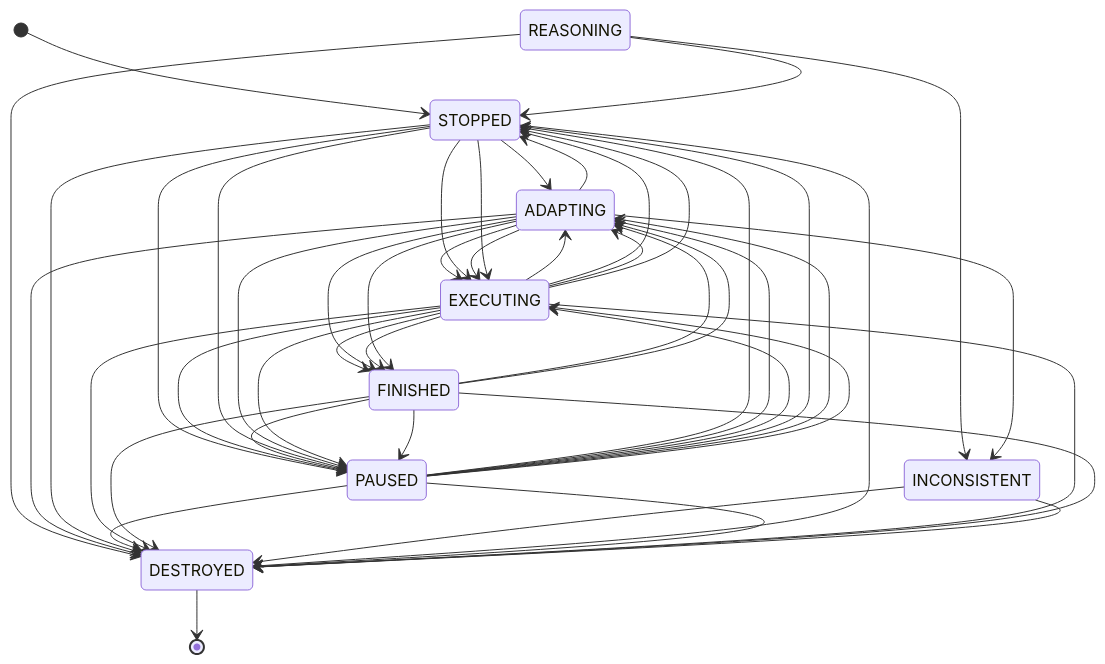
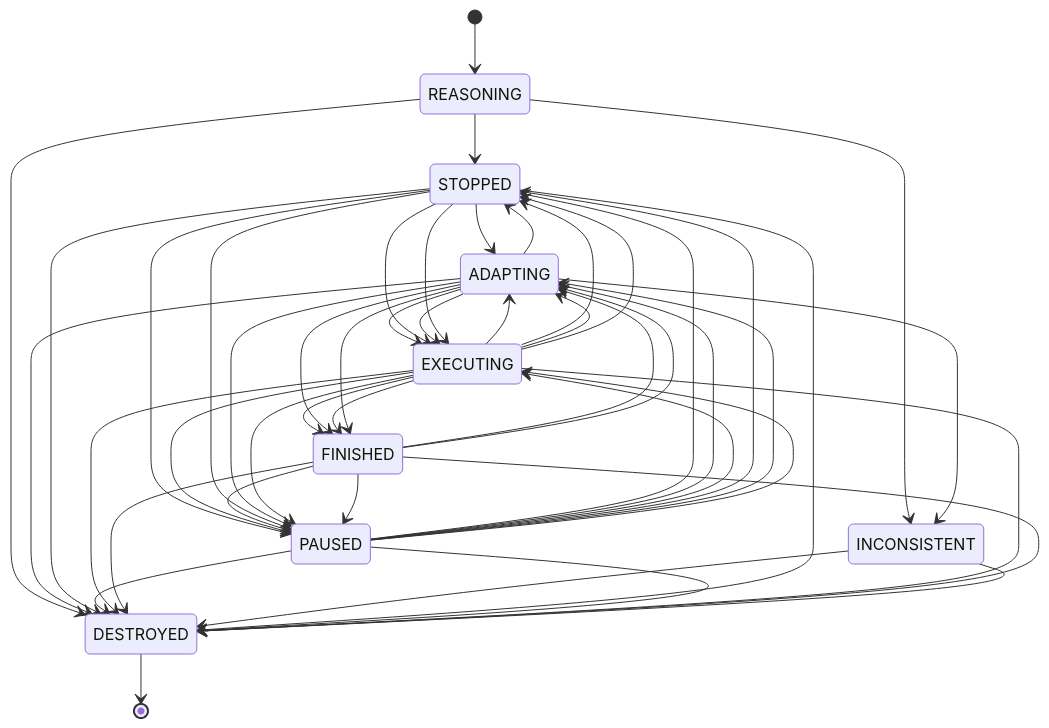
One commit to ratioSolver/AerialS changed the diagram in README.md. Above: the diagram before and after it, drawn with Mermaid.

Commit message:
trying mermaid for state diagram representation..

````diff
--- a/README.md
+++ b/README.md
@@ -44,49 +44,49 @@
 ```mermaid
 stateDiagram-v2
-    [*] --> STOPPED
+    [*] --> REASONING
     DESTROYED --> [*]
     REASONING --> STOPPED
     REASONING --> INCONSISTENT
     REASONING --> DESTROYED
     ADAPTING --> INCONSISTENT
     ADAPTING --> DESTROYED
     STOPPED --> ADAPTING
     STOPPED --> DESTROYED
     STOPPED --> PAUSED
     PAUSED --> STOPPED
     PAUSED --> ADAPTING
     PAUSED --> DESTROYED
     EXECUTING --> ADAPTING
     ADAPTING --> EXECUTING
     EXECUTING --> STOPPED
     STOPPED --> EXECUTING
     EXECUTING --> PAUSED
     PAUSED --> EXECUTING
     EXECUTING --> FINISHED
     EXECUTING --> DESTROYED
     FINISHED --> ADAPTING
     ADAPTING --> FINISHED
     FINISHED --> PAUSED
     FINISHED --> DESTROYED
     INCONSISTENT --> DESTROYED
     ADAPTING --> STOPPED
     STOPPED --> DESTROYED
     STOPPED --> PAUSED
     PAUSED --> STOPPED
     PAUSED --> ADAPTING
     ADAPTING --> PAUSED
     PAUSED --> DESTROYED
     EXECUTING --> ADAPTING
     ADAPTING --> EXECUTING
     EXECUTING --> STOPPED
     STOPPED --> EXECUTING
     EXECUTING --> PAUSED
     PAUSED --> EXECUTING
     EXECUTING --> FINISHED
     EXECUTING --> DESTROYED
     FINISHED --> ADAPTING
     ADAPTING --> FINISHED
     FINISHED --> PAUSED
     FINISHED --> DESTROYED
     INCONSISTENT --> DESTROYED
 ```
````
